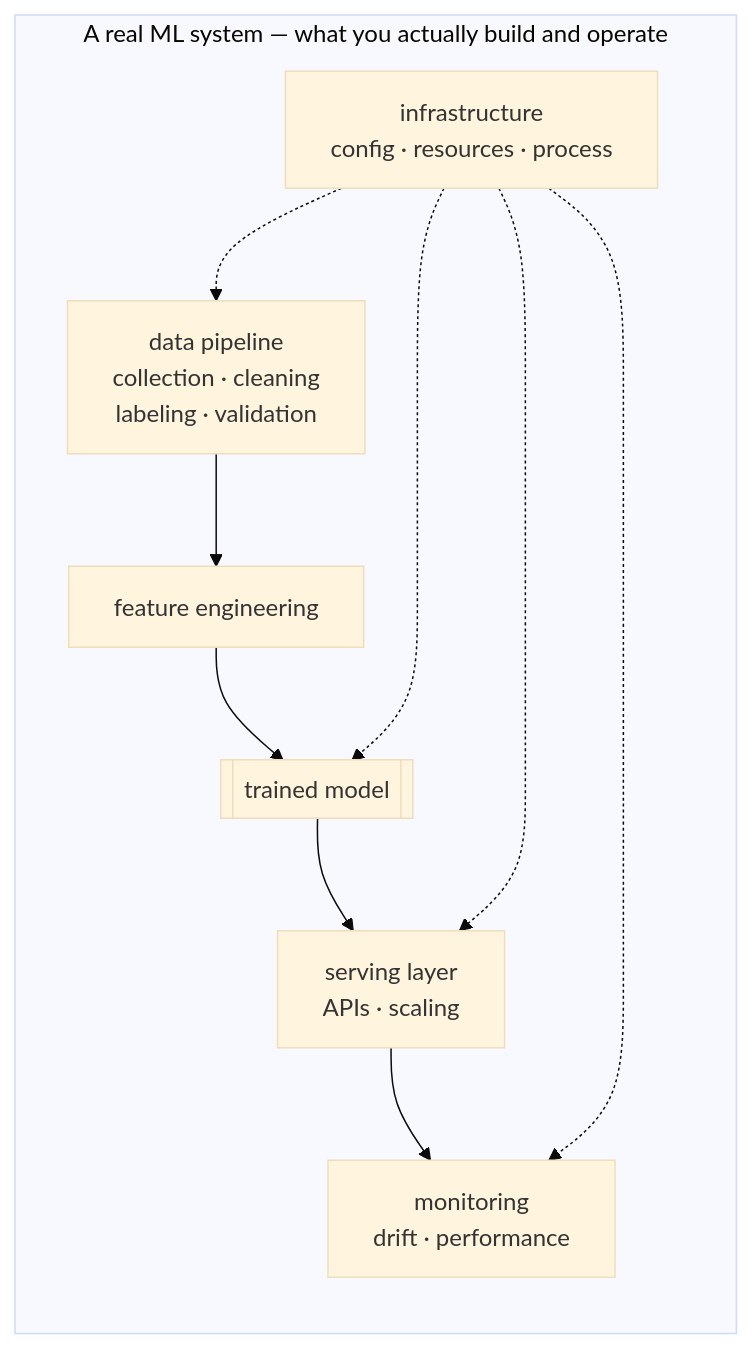
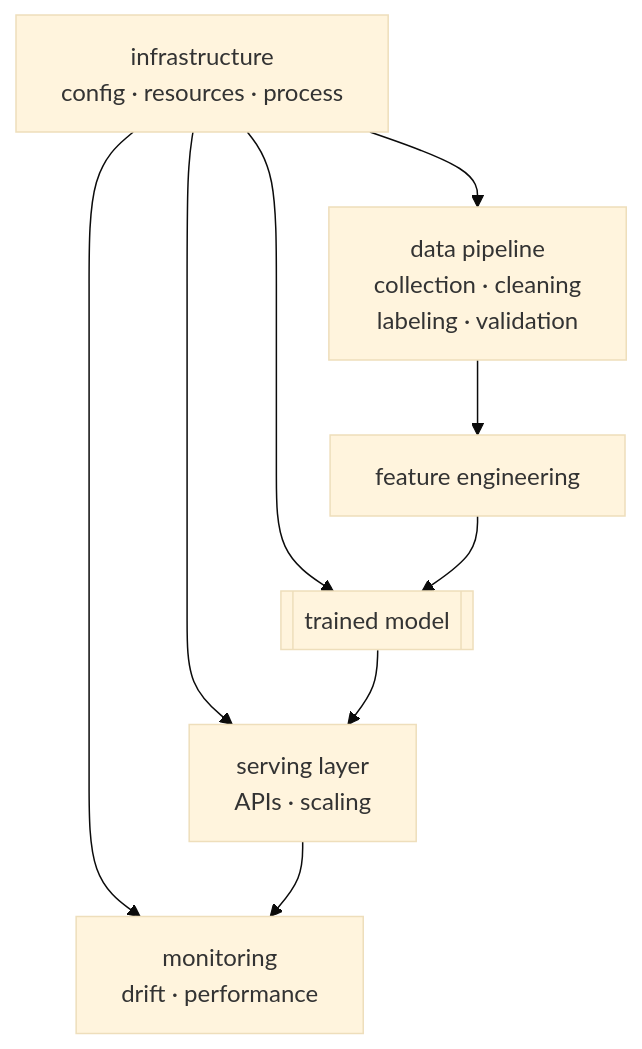
The first of 16 diagrams in 2026-2027-Sem1/AIMLZG546-SoftwareEngineeringForML/notes/S01-foundations.md (sanjaykumarpushadapu/MTech), drawn with Mermaid (base theme) before and after one commit. The commit also changed other lines of this file and 3 other files, not shown here.

````diff
--- a/2026-2027-Sem1/AIMLZG546-SoftwareEngineeringForML/notes/S01-foundations.md
+++ b/2026-2027-Sem1/AIMLZG546-SoftwareEngineeringForML/notes/S01-foundations.md
@@ -41,17 +41,14 @@
 ```mermaid
-flowchart LR
-    subgraph SYS["A real ML system — what you actually build and operate"]
-        direction TB
-        DATA["data pipeline<br/>collection · cleaning<br/>labeling · validation"]
-        FEAT["feature engineering"]
-        ML[["trained model"]]
-        SERVE["serving layer<br/>APIs · scaling"]
-        MON["monitoring<br/>drift · performance"]
-        INFRA["infrastructure<br/>config · resources · process"]
-    end
+flowchart TD
+    INFRA["infrastructure<br/>config · resources · process"]
+    DATA["data pipeline<br/>collection · cleaning<br/>labeling · validation"]
+    FEAT["feature engineering"]
+    ML[["trained model"]]
+    SERVE["serving layer<br/>APIs · scaling"]
+    MON["monitoring<br/>drift · performance"]
+    INFRA --> DATA
+    INFRA --> ML
+    INFRA --> SERVE
+    INFRA --> MON
     DATA --> FEAT --> ML --> SERVE --> MON
-    INFRA -.-> DATA
-    INFRA -.-> ML
-    INFRA -.-> SERVE
-    INFRA -.-> MON
 ```
````
